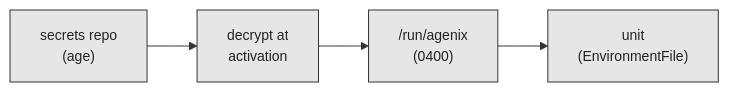
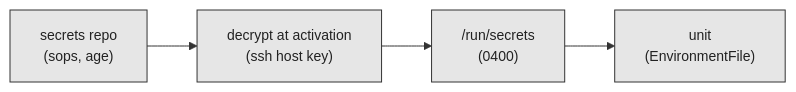
One commit to usabarashi/blog changed the diagram in diagrams/2026-01-01-homelab-secrets.mmd. Above: the diagram before and after it, drawn with Mermaid. The commit also changed 16 other files, not shown here.

```diff
--- a/diagrams/2026-01-01-homelab-secrets.mmd
+++ b/diagrams/2026-01-01-homelab-secrets.mmd
@@ -1,3 +1,3 @@
 %%{init: {"theme": "base", "themeVariables": {"fontFamily": "system-ui, -apple-system, Hiragino Sans, sans-serif", "fontSize": "14px", "primaryColor": "#e6e6e6", "primaryBorderColor": "#333333", "primaryTextColor": "#222222", "lineColor": "#333333", "clusterBkg": "#f7f7f7", "clusterBorder": "#333333", "edgeLabelBackground": "#ffffff", "tertiaryColor": "#f7f7f7"}, "flowchart": {"wrappingWidth": 400}}}%%
 flowchart LR
-    R["secrets repo<br/>(age)"] --> D["decrypt at<br/>activation"] --> F["/run/agenix<br/>(0400)"] --> U["unit<br/>(EnvironmentFile)"]
+    R["secrets repo<br/>(sops, age)"] --> D["decrypt at activation<br/>(ssh host key)"] --> F["/run/secrets<br/>(0400)"] --> U["unit<br/>(EnvironmentFile)"]
```
